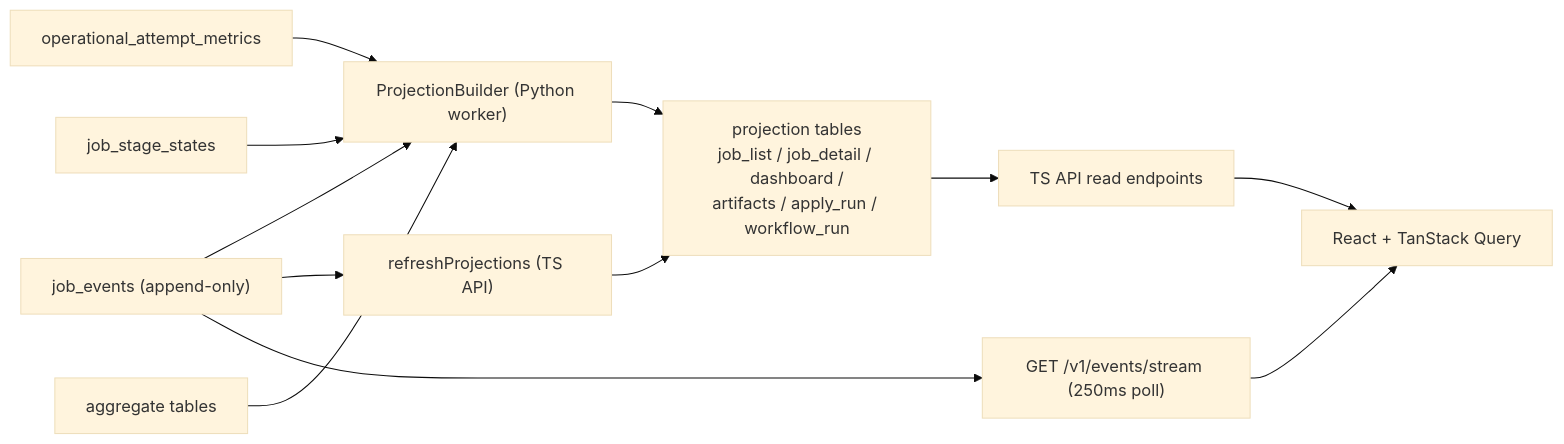
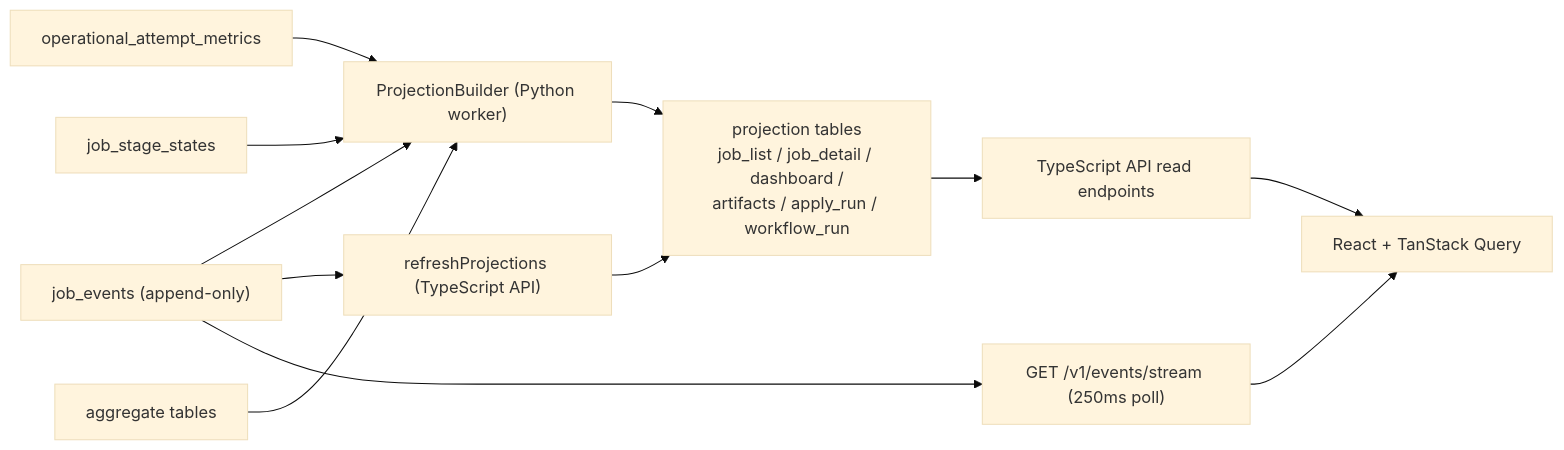
The diagram in docs/architecture/pipeline/operations.md (ebarti/JobCtrl), drawn with Mermaid (base theme) before and after one commit. The commit also changed other lines of this file and 29 other files, not shown here.

First line of the commit message:
docs(architecture): editorial pass with summaries, grounded diagrams, and canonical terminology

````diff
--- a/docs/architecture/pipeline/operations.md
+++ b/docs/architecture/pipeline/operations.md
@@ -99,25 +104,25 @@
 ```mermaid
 flowchart LR
     Events["job_events (append-only)"]
     Metrics["operational_attempt_metrics"]
     Stages["job_stage_states"]
     Agg["aggregate tables"]
     PB["ProjectionBuilder (Python worker)"]
-    RP["refreshProjections (TS API)"]
+    RP["refreshProjections (TypeScript API)"]
     Proj["projection tables<br/>job_list / job_detail / dashboard /<br/>artifacts / apply_run / workflow_run"]
-    Api["TS API read endpoints"]
+    Api["TypeScript API read endpoints"]
     SSE["GET /v1/events/stream (250ms poll)"]
     UI["React + TanStack Query"]
 
     Events --> PB
     Events --> RP
     Metrics --> PB
     Stages --> PB
     Agg --> PB
     PB --> Proj
     RP --> Proj
     Proj --> Api
     Events --> SSE
     Api --> UI
     SSE --> UI
 ```
````
